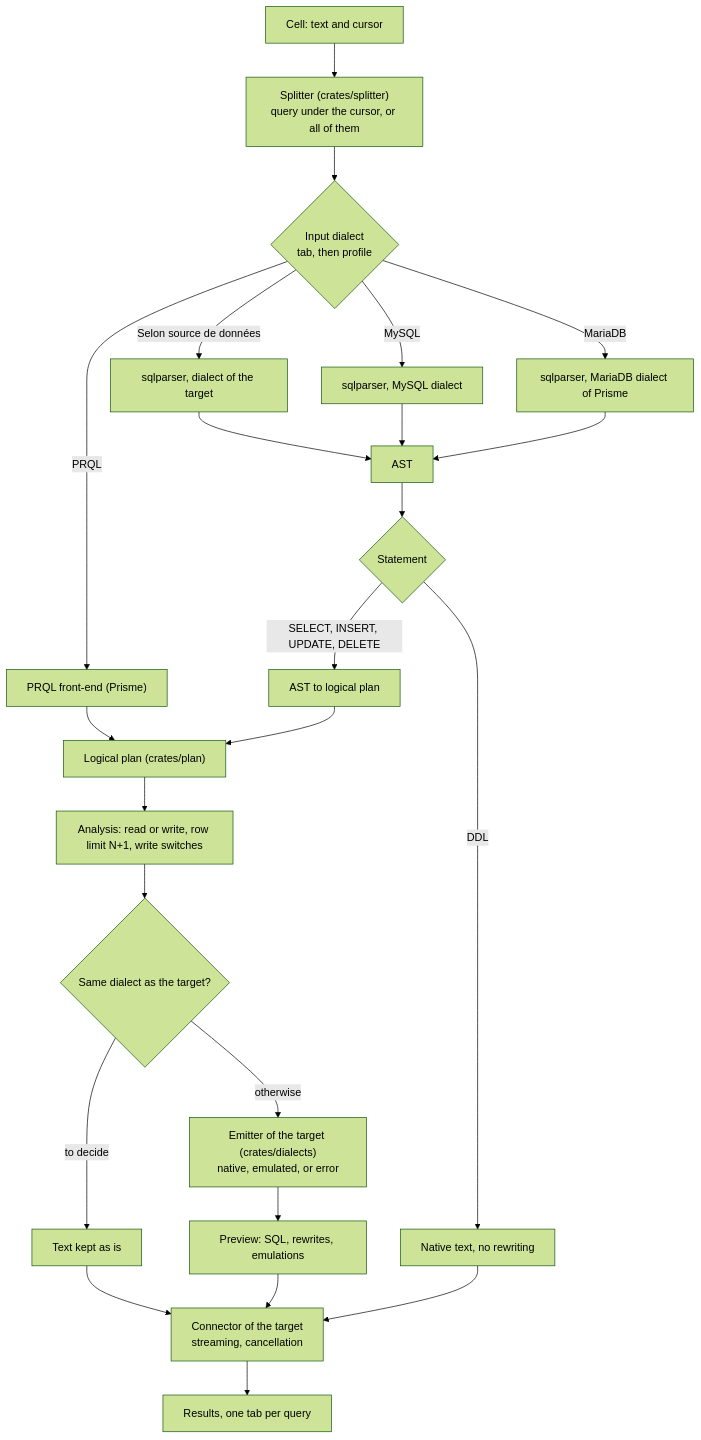
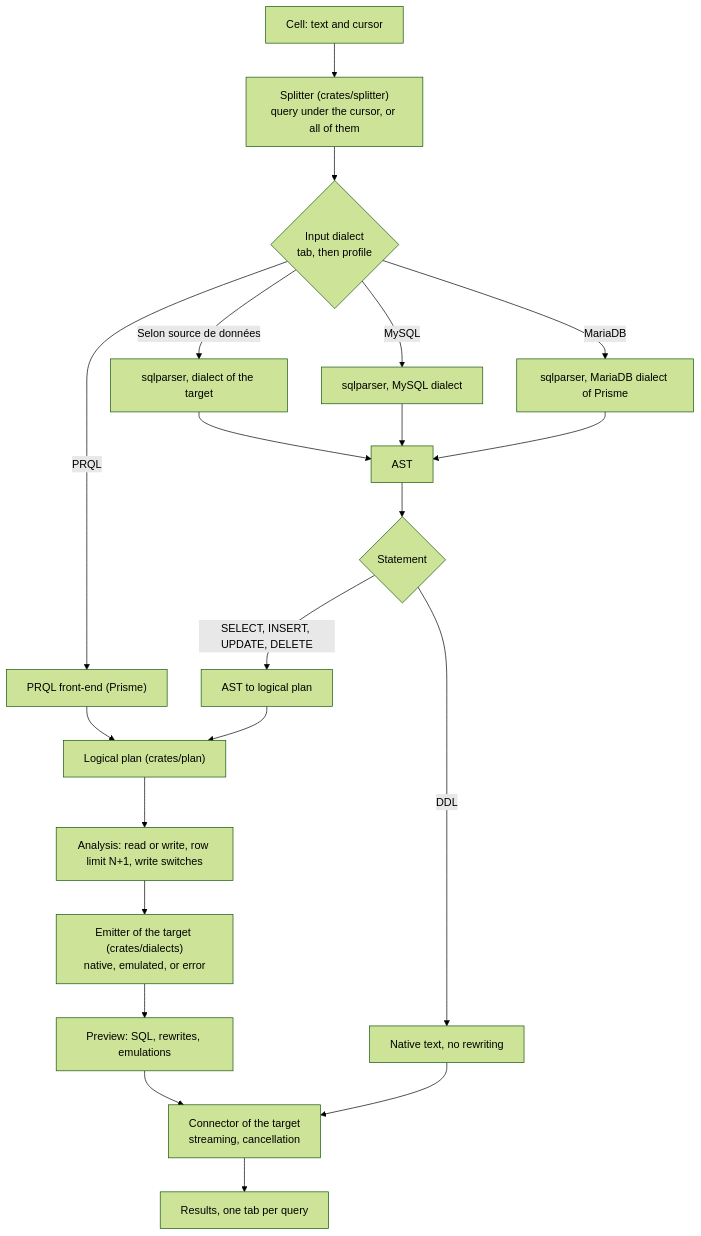
The diagram in docs/V1.md (sfaut/prisme), drawn with Mermaid (forest theme) before and after one commit. The commit also changed other lines of this file and 1 other file, not shown here.

Commit message:
Route the same dialect through the transpiler

````diff
--- a/docs/V1.md
+++ b/docs/V1.md
@@ -156,26 +156,23 @@
 ```mermaid
 flowchart TD
     A["Cell: text and cursor"] --> B["Splitter (crates/splitter)<br/>query under the cursor, or all of them"]
     B --> C{"Input dialect<br/>tab, then profile"}
     C -->|"Selon source de données"| D["sqlparser, dialect of the target"]
     C -->|"MySQL"| E["sqlparser, MySQL dialect"]
     C -->|"MariaDB"| F["sqlparser, MariaDB dialect of Prisme"]
     C -->|"PRQL"| G["PRQL front-end (Prisme)"]
     D --> H["AST"]
     E --> H
     F --> H
     H --> I{"Statement"}
     I -->|"DDL"| J["Native text, no rewriting"]
     I -->|"SELECT, INSERT, UPDATE, DELETE"| K["AST to logical plan"]
     G --> L["Logical plan (crates/plan)"]
     K --> L
     L --> M["Analysis: read or write, row limit N+1, write switches"]
-    M --> N{"Same dialect as the target?"}
-    N -->|"to decide"| O["Text kept as is"]
-    N -->|"otherwise"| P["Emitter of the target (crates/dialects)<br/>native, emulated, or error"]
+    M --> P["Emitter of the target (crates/dialects)<br/>native, emulated, or error"]
     P --> Q["Preview: SQL, rewrites, emulations"]
-    O --> R
     Q --> R["Connector of the target<br/>streaming, cancellation"]
     J --> R
     R --> S["Results, one tab per query"]
 ```
````
